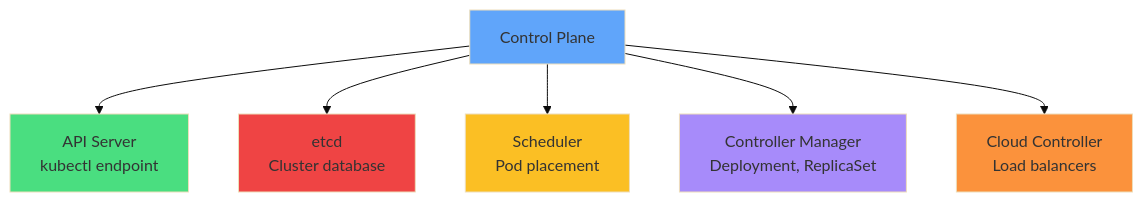
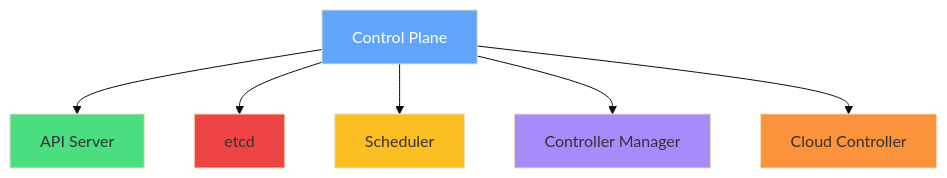
The fourth of 12 diagrams in slides/clusters/slides.md (courselabs/kubernetes), drawn with Mermaid (base theme) before and after one commit. The commit also changed other lines of this file and 7 other files, not shown here.

````diff
--- a/slides/clusters/slides.md
+++ b/slides/clusters/slides.md
@@ -63,15 +132,15 @@
 ```mermaid
 graph TB
     CP[Control Plane]
-    CP --> API[API Server<br/>kubectl endpoint]
-    CP --> ETCD[etcd<br/>Cluster database]
-    CP --> SCHED[Scheduler<br/>Pod placement]
-    CP --> CM[Controller Manager<br/>Deployment, ReplicaSet]
-    CP --> CCM[Cloud Controller<br/>Load balancers]
-    style CP fill:#60a5fa
+    CP --> API[API Server]
+    CP --> ETCD[etcd]
+    CP --> SCHED[Scheduler]
+    CP --> CM[Controller Manager]
+    CP --> CCM[Cloud Controller]
+    style CP fill:#60a5fa,color:#fff
     style API fill:#4ade80
     style ETCD fill:#ef4444
     style SCHED fill:#fbbf24
     style CM fill:#a78bfa
     style CCM fill:#fb923c
 ```
````
